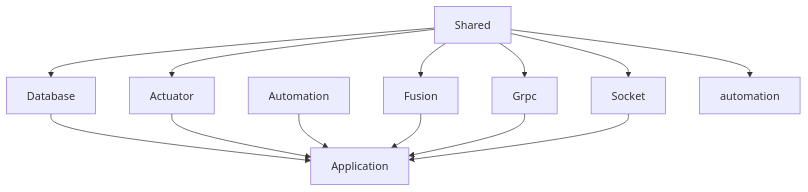
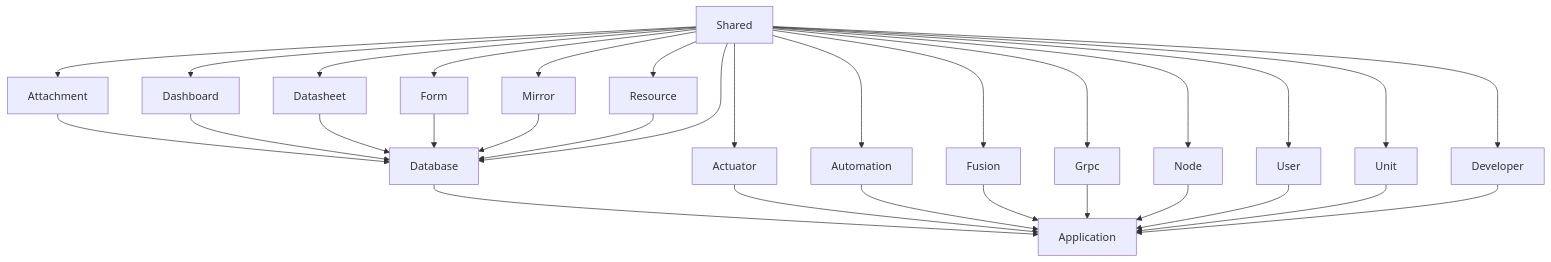
One commit to apitable/apitable changed the diagram in packages/room-server/README.md. Above: the diagram before and after it, drawn with Mermaid. The commit also changed other lines of this file and 227 other files, not shown here.

````diff
--- a/packages/room-server/README.md
+++ b/packages/room-server/README.md
@@ -5,15 +5,33 @@
 ```mermaid
 graph TD;
         Database-->Application;
         Actuator-->Application;
         Automation-->Application;
         Fusion-->Application;
         Grpc-->Application;
-        Socket-->Application;
+        Node-->Application;
+        User-->Application;
+        Unit-->Application;
+        Developer-->Application;
+        Attachment-->Database;
+        Dashboard-->Database;
+        Datasheet-->Database;
+        Form-->Database;
+        Mirror-->Database;
+        Resource-->Database;
+        Shared-->Attachment;
+        Shared-->Dashboard;
+        Shared-->Datasheet;
+        Shared-->Form;
+        Shared-->Mirror;
+        Shared-->Resource;
         Shared-->Database;
         Shared-->Actuator;
-        Shared-->automation;
+        Shared-->Automation;
         Shared-->Fusion;
         Shared-->Grpc;
-        Shared-->Socket;
+        Shared-->Node;
+        Shared-->User;
+        Shared-->Unit;
+        Shared-->Developer;
 ```
````
